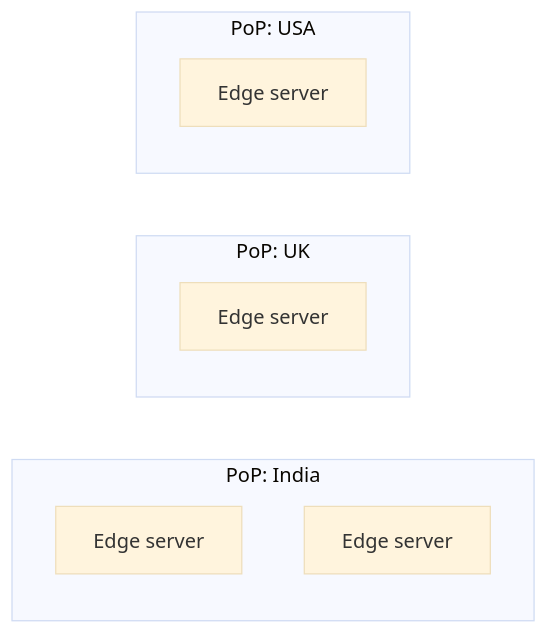
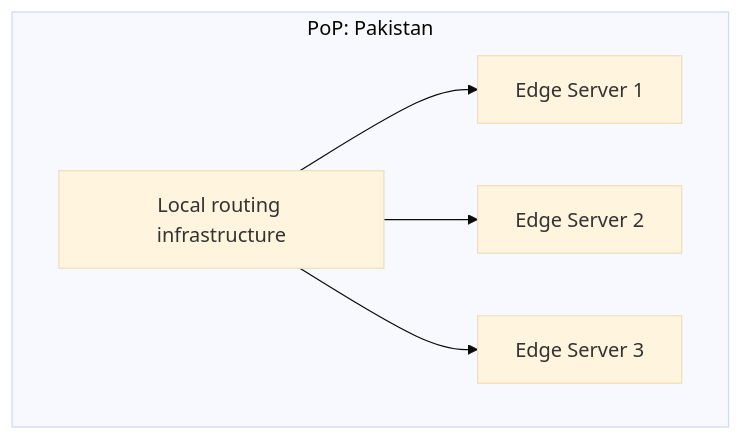
Before and after one commit to HARRISAMIN432/system-design-hld: the eighth of 12 diagrams in 10_CDN/README.md, drawn with Mermaid (base theme). The commit also changed other lines of this file and 11 other files, not shown here.

````diff
--- a/10_CDN/README.md
+++ b/10_CDN/README.md
@@ -155,13 +496,13 @@
 ```mermaid
-flowchart LR
-    subgraph PoP_IN["PoP: India"]
-        E1["Edge server"]
-        E2["Edge server"]
-    end
-    subgraph PoP_UK["PoP: UK"]
-        E3["Edge server"]
-    end
-    subgraph PoP_US["PoP: USA"]
-        E4["Edge server"]
+flowchart TB
+    subgraph PK["PoP: Pakistan"]
+        E1["Edge Server 1"]
+        E2["Edge Server 2"]
+        E3["Edge Server 3"]
+        R["Local routing infrastructure"]
+
+        R --> E1
+        R --> E2
+        R --> E3
     end
 ```
````
